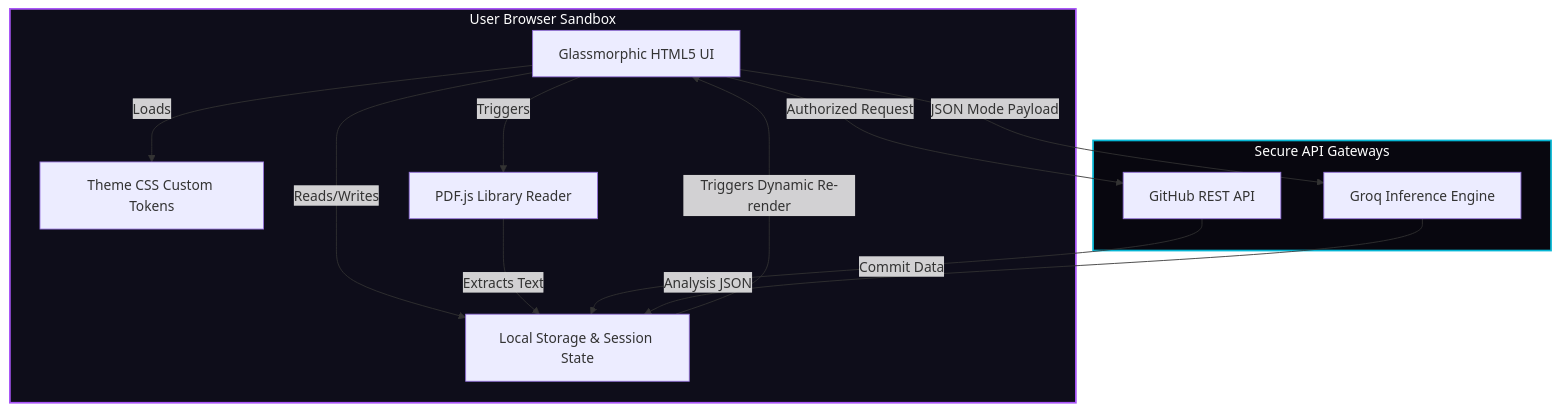
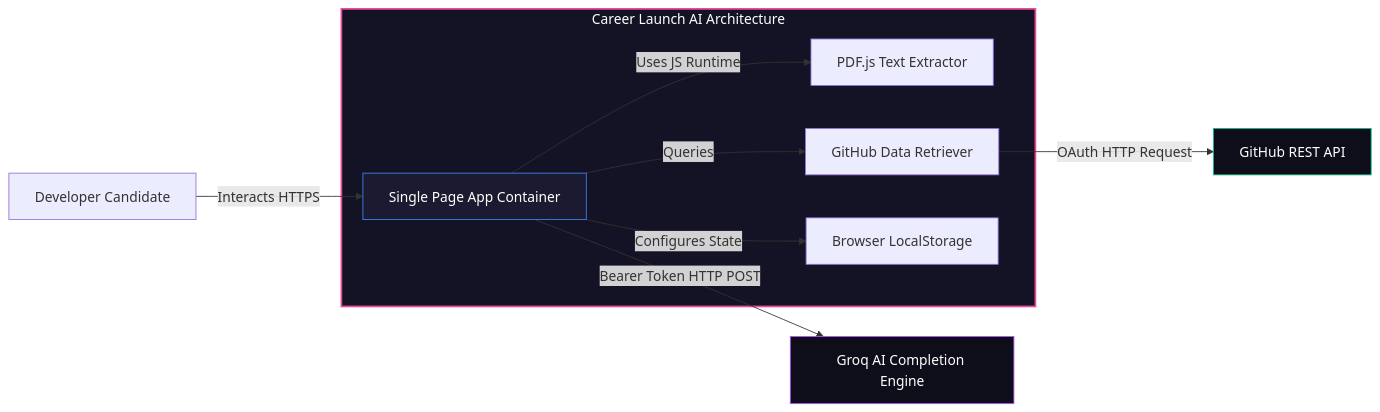
Before and after one commit to ChiragSharma-DEV/CareerLaunch-AI: the third of 11 diagrams in README.md, drawn with Mermaid. The commit also changed other lines of this file and 1 other file, not shown here.

Commit message:
docs: upgrade README to ultra-premium design with expanded system architecture diagrams

````diff
--- a/README.md
+++ b/README.md
@@ -133,32 +154,18 @@
 ```mermaid
-graph TD
-    %% User Boundary
-    subgraph Client ["User Browser Sandbox"]
-        UI[Glassmorphic HTML5 UI]
-        Theme[Theme CSS Custom Tokens]
-        State[Local Storage & Session State]
-        PDFEng[PDF.js Library Reader]
-    end
-
-    %% API Integrations
-    subgraph ExternalAPIs ["Secure API Gateways"]
-        GitAPI[GitHub REST API]
-        GroqAPI[Groq Inference Engine]
+graph LR
+    User[Developer Candidate] -->|Interacts HTTPS| WebApp[Single Page App Container]
+    
+    subgraph AppBoundary ["Career Launch AI Architecture"]
+        WebApp -->|Uses JS Runtime| PDFParser[PDF.js Text Extractor]
+        WebApp -->|Queries| GitFetcher[GitHub Data Retriever]
+        WebApp -->|Configures State| Storage[Browser LocalStorage]
     end
     
-    UI -->|Loads| Theme
-    UI -->|Reads/Writes| State
-    UI -->|Triggers| PDFEng
-    PDFEng -->|Extracts Text| State
-    
-    UI -->|Authorized Request| GitAPI
-    UI -->|JSON Mode Payload| GroqAPI
-    
-    GitAPI -->|Commit Data| State
-    GroqAPI -->|Analysis JSON| State
-    State -->|Triggers Dynamic Re-render| UI
+    GitFetcher -->|OAuth HTTP Request| GitHub[GitHub REST API]
+    WebApp -->|Bearer Token HTTP POST| Groq[Groq AI Completion Engine]
 
-    %% Styling
-    style Client fill:#0e0d1a,stroke:#a855f7,stroke-width:2px,color:#fff
-    style ExternalAPIs fill:#08070f,stroke:#06b6d4,stroke-width:2px,color:#fff
+    style AppBoundary fill:#141325,stroke:#ec4899,stroke-width:2px,color:#fff
+    style WebApp fill:#1c1a30,stroke:#3b82f6,color:#fff
+    style GitHub fill:#0e0d1a,stroke:#10b981,color:#fff
+    style Groq fill:#0e0d1a,stroke:#a855f7,color:#fff
 ```
````
